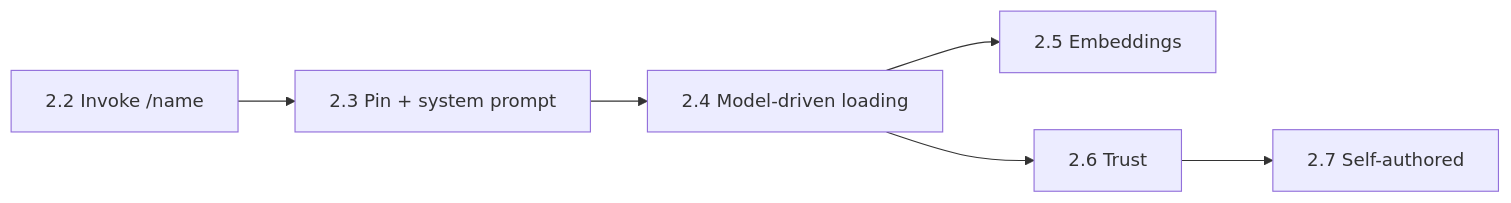
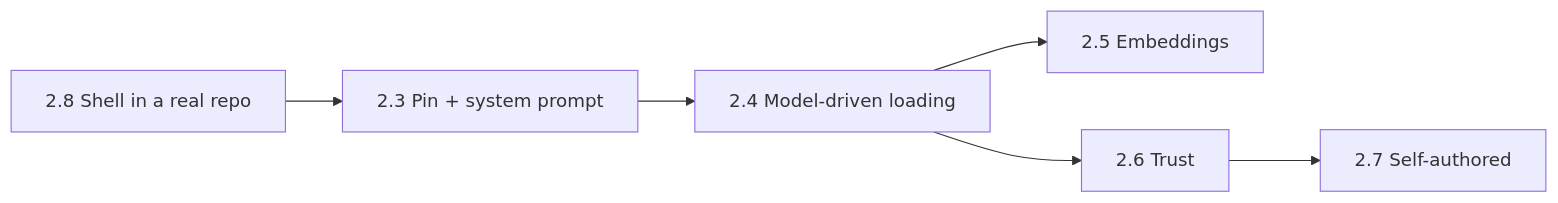
Before and after one commit to MilanPavel/golem: the second of 4 diagrams in docs/plan.md, drawn with Mermaid. The commit also changed other lines of this file, not shown here.

Commit message:
docs(plan): 2.2 is done, and 2.8 makes the shell work in a git worktree and with gh

````diff
--- a/docs/plan.md
+++ b/docs/plan.md
@@ -125,6 +125,6 @@
 ```mermaid
 flowchart LR
-  s2[2.2 Invoke /name] --> s3[2.3 Pin + system prompt] --> s4[2.4 Model-driven loading]
+  s8[2.8 Shell in a real repo] --> s3[2.3 Pin + system prompt] --> s4[2.4 Model-driven loading]
   s4 --> s5[2.5 Embeddings]
   s4 --> s6[2.6 Trust] --> s7[2.7 Self-authored]
 ```
````
